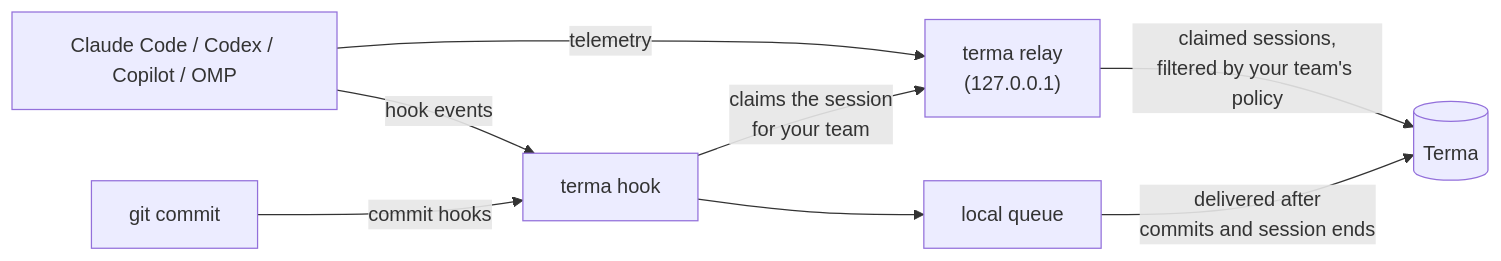
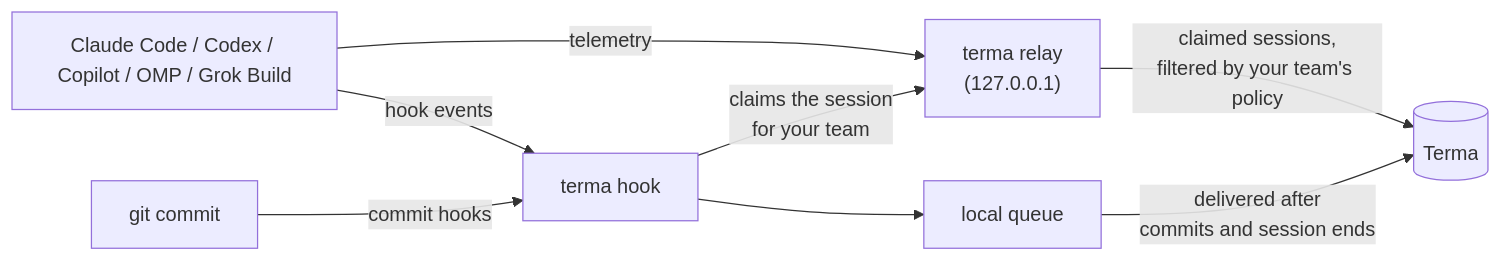
The diagram in README.md (miradorlabs/terma-cli), drawn with Mermaid before and after one commit. The commit also changed other lines of this file and 63 other files, not shown here.

````diff
--- a/README.md
+++ b/README.md
@@ -101,10 +102,10 @@
 ```mermaid
 flowchart LR
-  agent["Claude Code / Codex / Copilot / OMP"] -- "telemetry" --> relay["terma relay<br/>(127.0.0.1)"]
+  agent["Claude Code / Codex / Copilot / OMP / Grok Build"] -- "telemetry" --> relay["terma relay<br/>(127.0.0.1)"]
   agent -- "hook events" --> hook["terma hook"]
   git["git commit"] -- "commit hooks" --> hook
   hook -- "claims the session<br/>for your team" --> relay
   hook --> queue["local queue"]
   relay -- "claimed sessions,<br/>filtered by your team's policy" --> terma[("Terma")]
   queue -- "delivered after<br/>commits and session ends" --> terma
 ```
````
